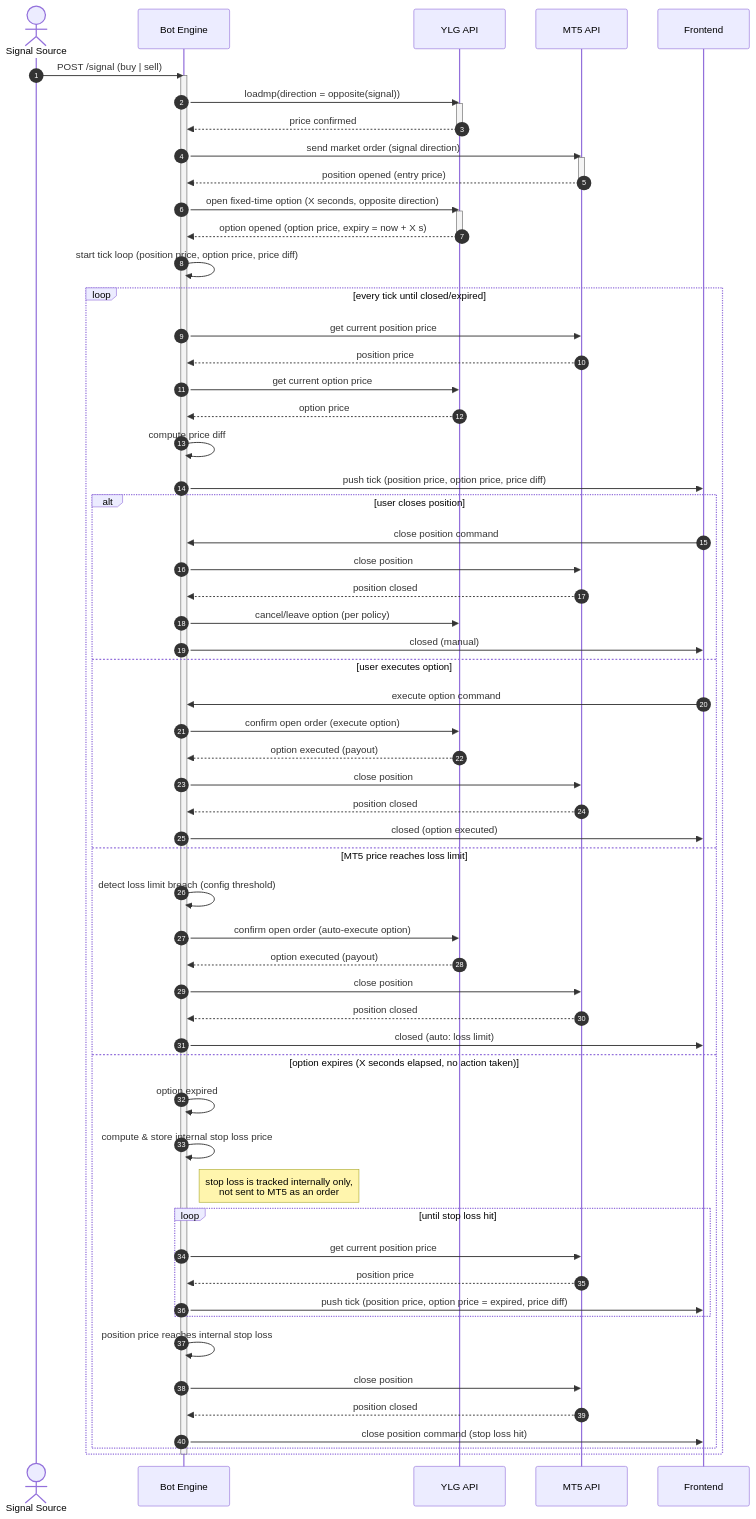
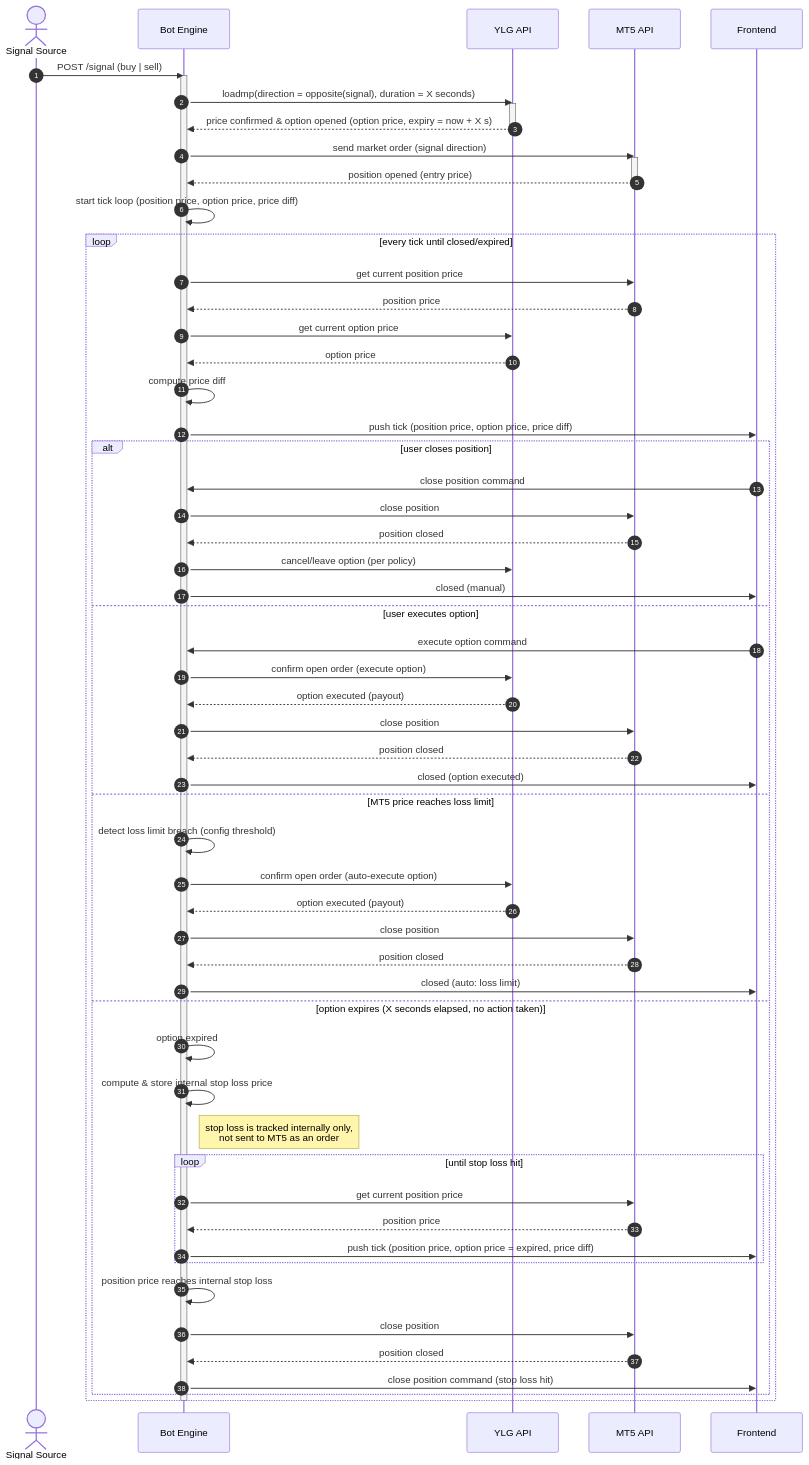
The diagram in diagrams/option-hedge-bot-sequence.md (jiradejcu/metatrader5-quant-server-python), drawn with Mermaid before and after one commit. The commit also changed other lines of this file, not shown here.

Commit message:
Merge loadmp and option-open steps in bot sequence diagram
A successful loadmp call is the fixed-time option opening, not a
separate step, so collapse the two YLG calls into one.

Claude-Session: https://claude.ai/code/session_01B8ctB4yGnKyUMuzJRBHQSD

````diff
--- a/diagrams/option-hedge-bot-sequence.md
+++ b/diagrams/option-hedge-bot-sequence.md
@@ -8,75 +8,70 @@
 ```mermaid
 sequenceDiagram
     autonumber
     actor Signal as Signal Source
     participant Bot as Bot Engine
     participant YLG as YLG API
     participant MT5 as MT5 API
     participant FE as Frontend
 
     Signal->>Bot: POST /signal (buy | sell)
     activate Bot
 
-    Bot->>YLG: loadmp(direction = opposite(signal))
+    Bot->>YLG: loadmp(direction = opposite(signal), duration = X seconds)
     activate YLG
-    YLG-->>Bot: price confirmed
+    YLG-->>Bot: price confirmed & option opened (option price, expiry = now + X s)
     deactivate YLG
 
     Bot->>MT5: send market order (signal direction)
     activate MT5
     MT5-->>Bot: position opened (entry price)
     deactivate MT5
-
-    Bot->>YLG: open fixed-time option (X seconds, opposite direction)
-    activate YLG
-    YLG-->>Bot: option opened (option price, expiry = now + X s)
-    deactivate YLG
 
     Bot->>Bot: start tick loop (position price, option price, price diff)
 
     loop every tick until closed/expired
         Bot->>MT5: get current position price
         MT5-->>Bot: position price
         Bot->>YLG: get current option price
         YLG-->>Bot: option price
         Bot->>Bot: compute price diff
         Bot->>FE: push tick (position price, option price, price diff)
 
         alt user closes position
             FE->>Bot: close position command
             Bot->>MT5: close position
             MT5-->>Bot: position closed
             Bot->>YLG: cancel/leave option (per policy)
             Bot->>FE: closed (manual)
         else user executes option
             FE->>Bot: execute option command
             Bot->>YLG: confirm open order (execute option)
             YLG-->>Bot: option executed (payout)
             Bot->>MT5: close position
             MT5-->>Bot: position closed
             Bot->>FE: closed (option executed)
         else MT5 price reaches loss limit
             Bot->>Bot: detect loss limit breach (config threshold)
             Bot->>YLG: confirm open order (auto-execute option)
             YLG-->>Bot: option executed (payout)
             Bot->>MT5: close position
             MT5-->>Bot: position closed
             Bot->>FE: closed (auto: loss limit)
         else option expires (X seconds elapsed, no action taken)
             Bot->>Bot: option expired
             Bot->>Bot: compute & store internal stop loss price
             Note right of Bot: stop loss is tracked internally only,<br/>not sent to MT5 as an order
             loop until stop loss hit
                 Bot->>MT5: get current position price
                 MT5-->>Bot: position price
                 Bot->>FE: push tick (position price, option price = expired, price diff)
             end
             Bot->>Bot: position price reaches internal stop loss
             Bot->>MT5: close position
             MT5-->>Bot: position closed
             Bot->>FE: close position command (stop loss hit)
         end
     end
 
     deactivate Bot
 ```
````
